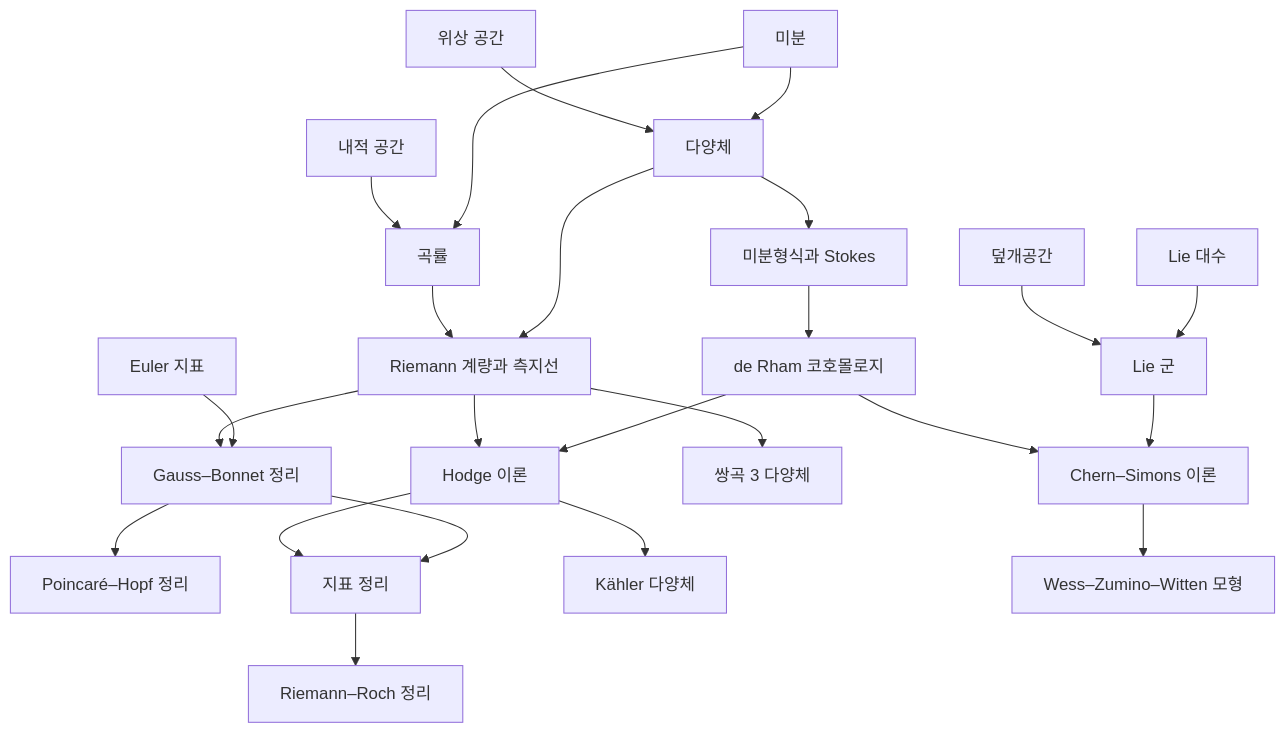
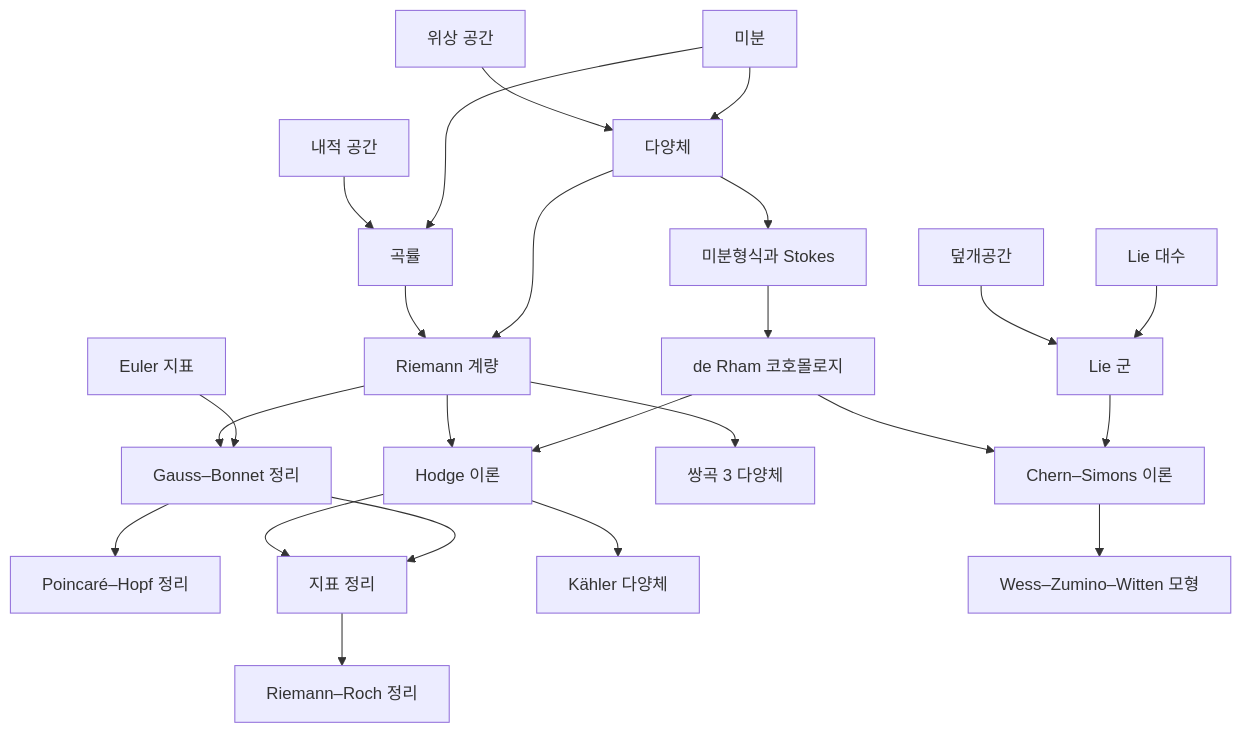
One commit to Phryxia/math-map changed the diagram in docs/differential-geometry-overview.md. Above: the diagram before and after it, drawn with Mermaid. The commit also changed other lines of this file and 11 other files, not shown here.

````diff
--- a/docs/differential-geometry-overview.md
+++ b/docs/differential-geometry-overview.md
@@ -13,26 +13,26 @@
 ```mermaid
 graph TD
   DV["미분"] --> MF["다양체"]
   TP["위상 공간"] --> MF
   DV --> CV["곡률"]
   IP["내적 공간"] --> CV
   MF --> DF["미분형식과 Stokes"]
-  MF --> RM["Riemann 계량과 측지선"]
+  MF --> RM["Riemann 계량"]
   CV --> RM
   DF --> DR["de Rham 코호몰로지"]
   DR --> HT["Hodge 이론"]
   RM --> HT
   EC["Euler 지표"] --> GB["Gauss–Bonnet 정리"]
   RM --> GB
   GB --> PH["Poincaré–Hopf 정리"]
   GB --> IX["지표 정리"]
   HT --> IX
   HT --> KM["Kähler 다양체"]
   IX --> RR["Riemann–Roch 정리"]
   RM --> H3["쌍곡 3 다양체"]
   LA["Lie 대수"] --> LG["Lie 군"]
   CS2["덮개공간"] --> LG
   LG --> CS["Chern–Simons 이론"]
   DR --> CS
   CS --> WZ["Wess–Zumino–Witten 모형"]
 ```
````
